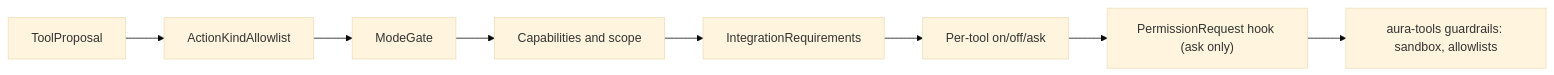
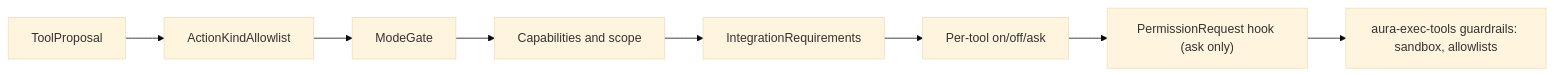
The diagram in docs/architecture.md (cypher-asi/aura-harness), drawn with Mermaid (base theme) before and after one commit. The commit also changed other lines of this file and 703 other files, not shown here.

````diff
--- a/docs/architecture.md
+++ b/docs/architecture.md
@@ -134,10 +134,10 @@
 ```mermaid
 flowchart LR
   proposal[ToolProposal] --> actionKind[ActionKindAllowlist]
   actionKind --> modeGate[ModeGate]
   modeGate --> agentPerms["Capabilities and scope"]
   agentPerms --> integration[IntegrationRequirements]
   integration --> toolState["Per-tool on/off/ask"]
   toolState --> hook["PermissionRequest hook (ask only)"]
-  hook --> guardrails["aura-tools guardrails: sandbox, allowlists"]
+  hook --> guardrails["aura-exec-tools guardrails: sandbox, allowlists"]
 ```
````
